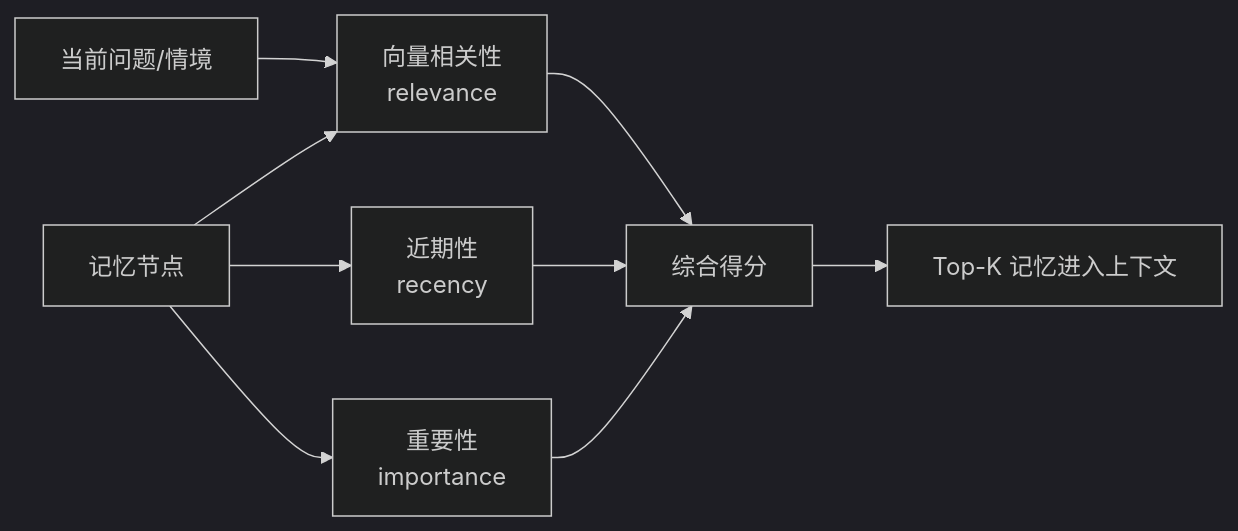
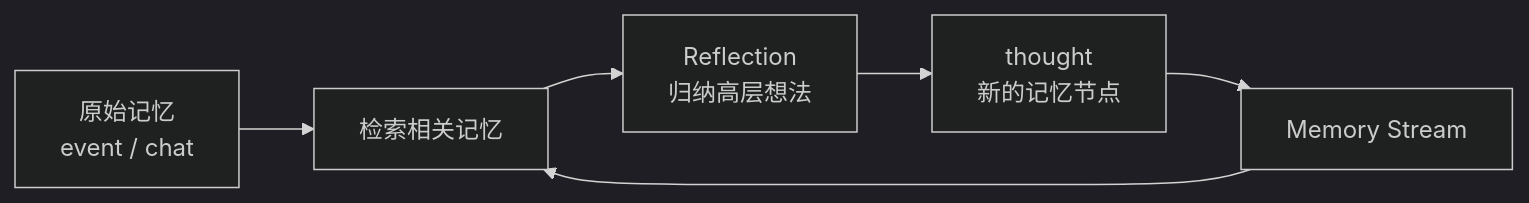
One commit to tbkken/GenerativeAgentsCN changed the third of 3 diagrams in docs/book/manuscript/part_01/chapter_05.md. Above: the diagram before and after it, drawn with Mermaid (dark theme). The commit also changed other lines of this file and 60 other files, not shown here.

````diff
--- a/docs/book/manuscript/part_01/chapter_05.md
+++ b/docs/book/manuscript/part_01/chapter_05.md
@@ -116,11 +361,8 @@
 ```mermaid
 flowchart LR
-    Q[当前问题/情境] --> V[向量相关性<br/>relevance]
-    M[记忆节点] --> V
-    M --> R[近期性<br/>recency]
-    M --> I[重要性<br/>importance]
-    V --> S[综合得分]
-    R --> S
-    I --> S
-    S --> K[Top-K 记忆进入上下文]
+    Raw["原始记忆<br/>event / chat"] --> Retrieve["检索相关记忆"]
+    Retrieve --> Reflect["Reflection<br/>归纳高层想法"]
+    Reflect --> Thought["thought<br/>新的记忆节点"]
+    Thought --> Stream["Memory Stream"]
+    Stream --> Retrieve
 ```
````
